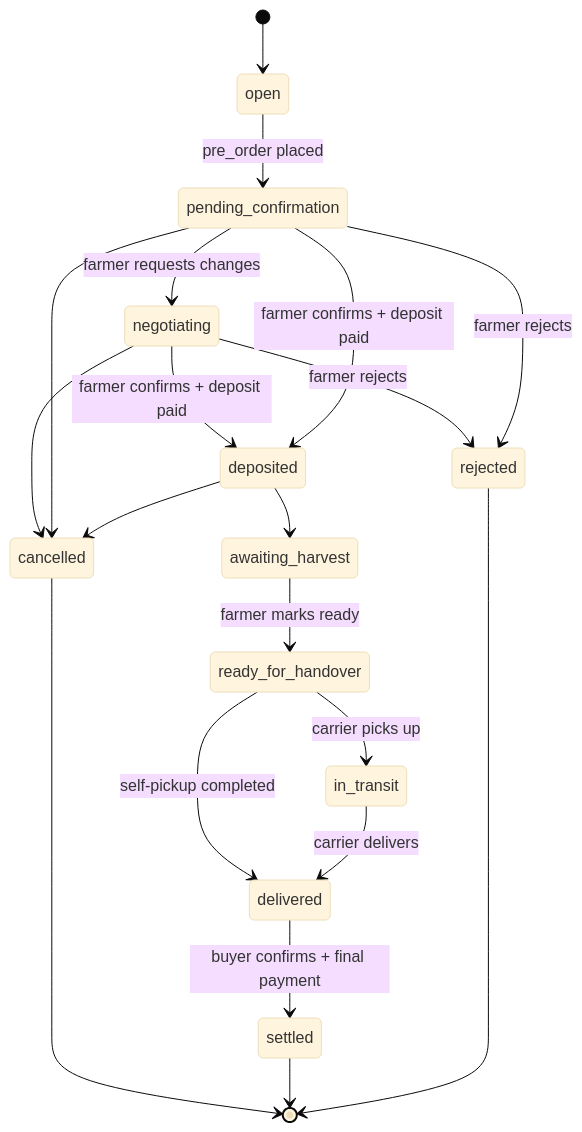
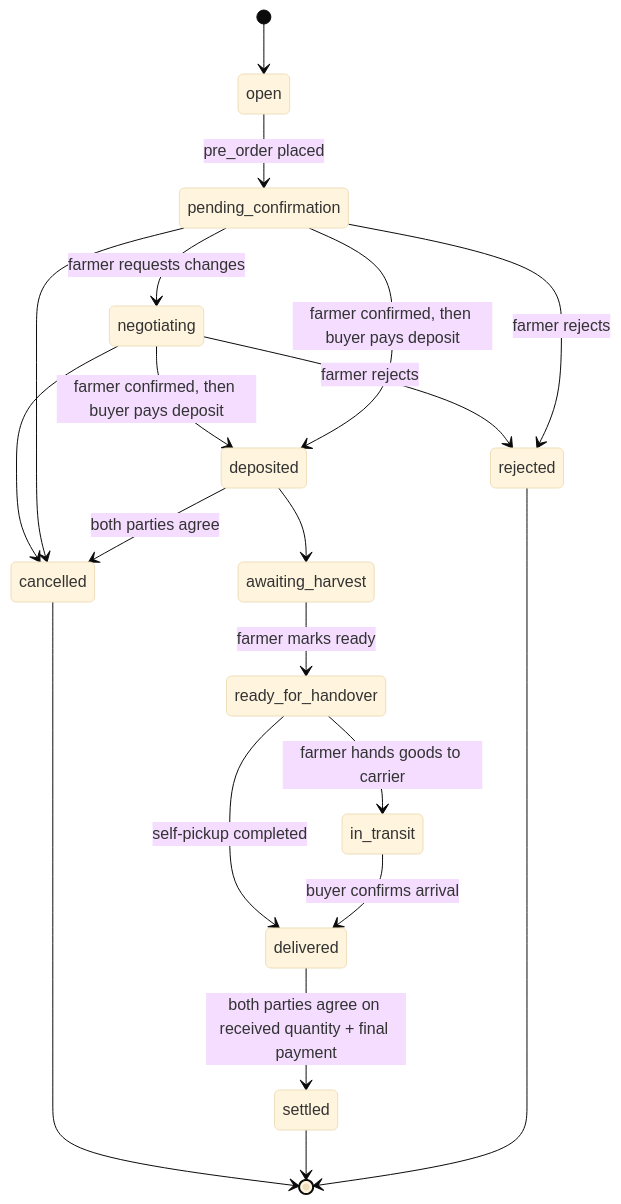
One commit to mynhleeh/fresho changed the diagram in .claude/rules/00-project-charter.rule.md. Above: the diagram before and after it, drawn with Mermaid (base theme). The commit also changed other lines of this file, not shown here.

Commit message:
docs(charter): describe confirm-then-deposit and two-party agreements in the order lifecycle

````diff
--- a/.claude/rules/00-project-charter.rule.md
+++ b/.claude/rules/00-project-charter.rule.md
@@ -40,22 +41,22 @@
 ```mermaid
 stateDiagram-v2
     [*] --> open
     open --> pending_confirmation: pre_order placed
     pending_confirmation --> negotiating: farmer requests changes
-    negotiating --> deposited: farmer confirms + deposit paid
+    negotiating --> deposited: farmer confirmed, then buyer pays deposit
     negotiating --> rejected: farmer rejects
     negotiating --> cancelled
-    pending_confirmation --> deposited: farmer confirms + deposit paid
+    pending_confirmation --> deposited: farmer confirmed, then buyer pays deposit
     pending_confirmation --> rejected: farmer rejects
     deposited --> awaiting_harvest
     awaiting_harvest --> ready_for_handover: farmer marks ready
-    ready_for_handover --> in_transit: carrier picks up
+    ready_for_handover --> in_transit: farmer hands goods to carrier
     ready_for_handover --> delivered: self-pickup completed
-    in_transit --> delivered: carrier delivers
-    delivered --> settled: buyer confirms + final payment
+    in_transit --> delivered: buyer confirms arrival
+    delivered --> settled: both parties agree on received quantity + final payment
     pending_confirmation --> cancelled
-    deposited --> cancelled
+    deposited --> cancelled: both parties agree
     cancelled --> [*]
     settled --> [*]
     rejected --> [*]
 ```
````
